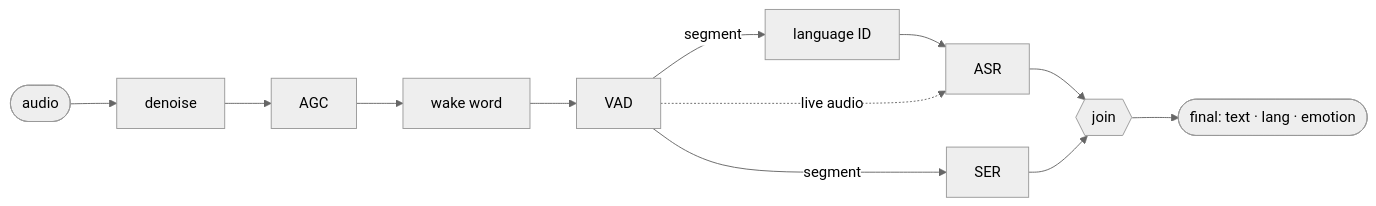
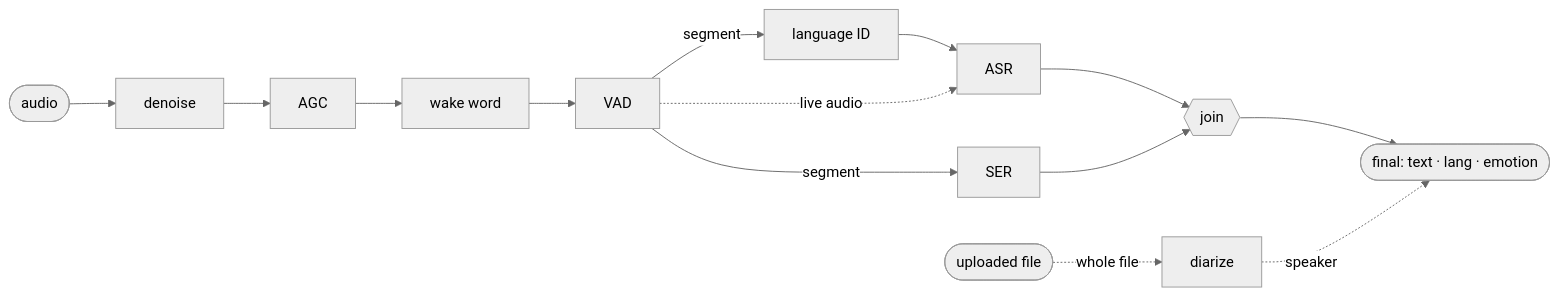
Before and after one commit to edamlabs/e-voice: the diagram in docs/index.md, drawn with Mermaid (neutral theme). The commit also changed other lines of this file and 45 other files, not shown here.

````diff
--- a/docs/index.md
+++ b/docs/index.md
@@ -14,10 +23,11 @@
 ```mermaid
 flowchart LR
     audio([audio]) --> denoise[denoise] --> gain[AGC] --> ww[wake word] --> vad[VAD]
     vad -- segment --> lid[language ID] --> asr[ASR]
     vad -- segment --> ser[SER]
     vad -. live audio .-> asr
     asr --> join{{join}}
     ser --> join
     join --> final([final: text · lang · emotion])
+    file([uploaded file]) -. whole file .-> dia[diarize] -. speaker .-> final
 ```
````
